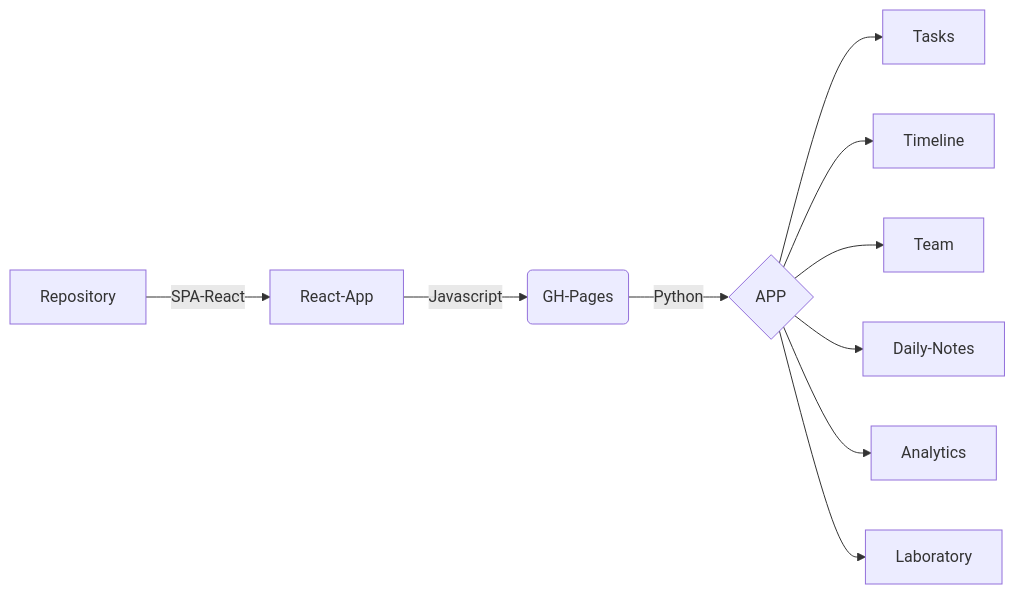
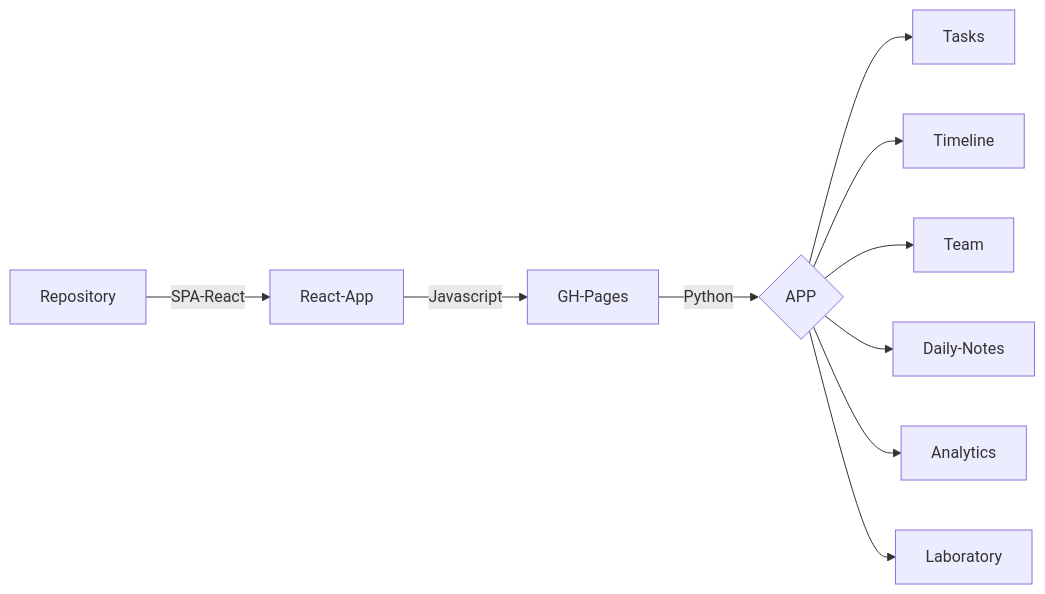
The diagram in README.md (SauloCandeira/SPA-React), drawn with Mermaid before and after one commit.

````diff
--- a/README.md
+++ b/README.md
@@ -21,14 +21,14 @@
 ```mermaid
 flowchart LR
-A[View] -->|Javascript| B(GH-Pages)
+A[View] -->|Javascript| B[GH-Pages]
 X[Repository] -->|SPA-React| A[React-App]
 B --> |Python| C{APP}
 
 C --> J[Tasks]
 C --> K[Timeline]
 C --> L[Team]
 C --> M[Daily-Notes]
 C --> N[Analytics]
 C --> O[Laboratory]
 
 ```
````
